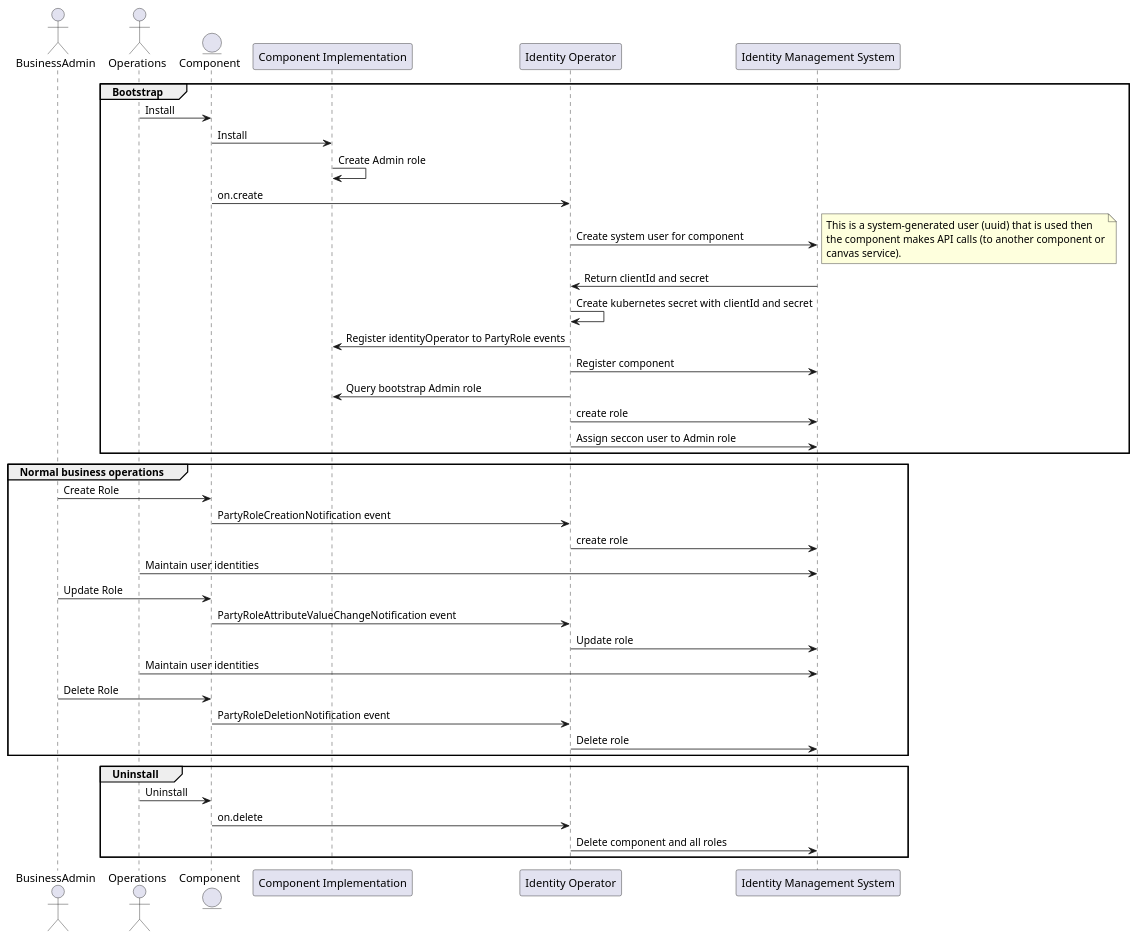
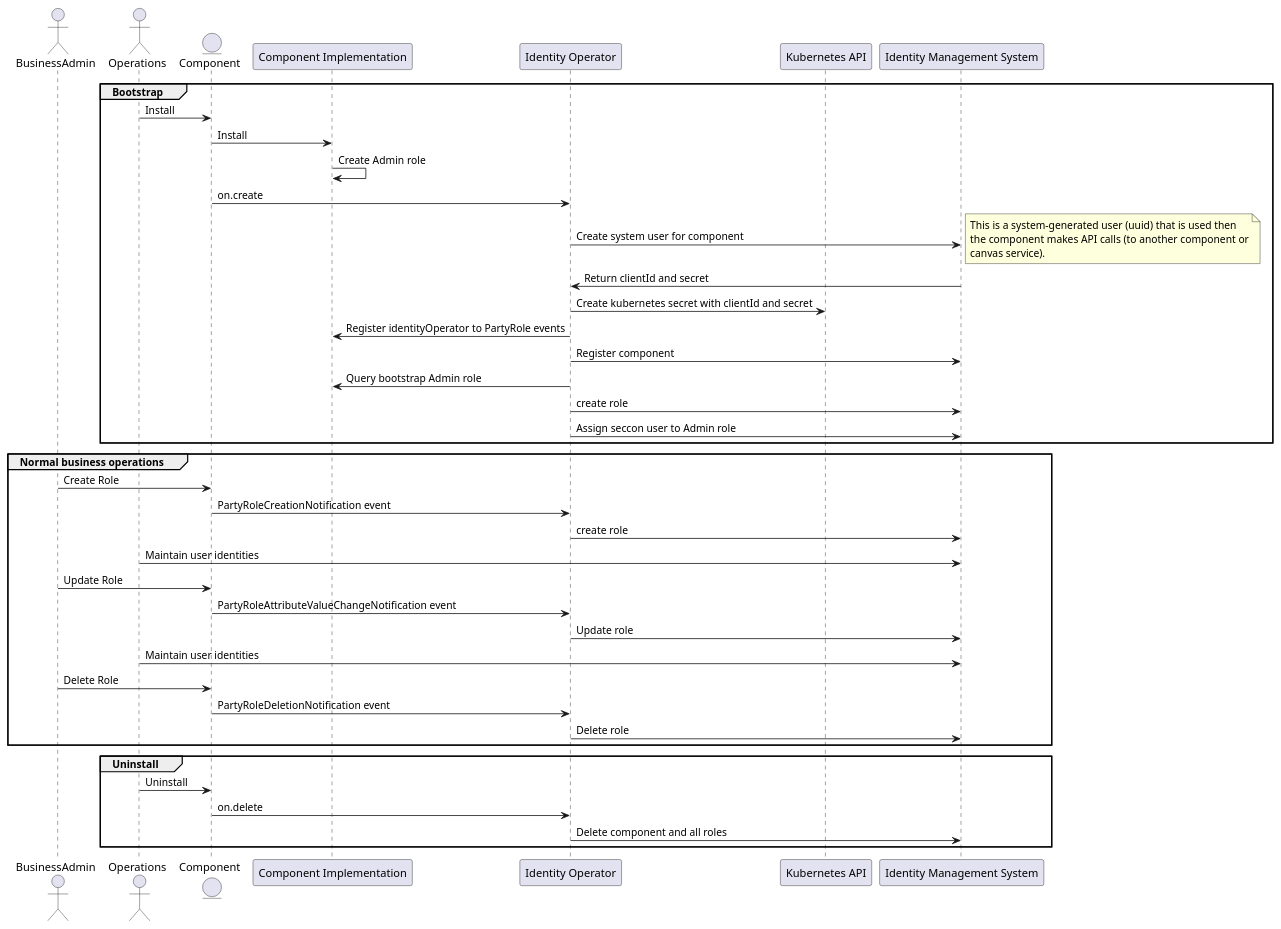
The diagram in oda-canvas-ctk/usecase-library/pumlFiles/securitySequenceKeycloak.puml (tmforum-oda/oda-canvas), drawn with PlantUML before and after one commit.

Commit message:
Updated bootstrap use-case

```diff
--- a/oda-canvas-ctk/usecase-library/pumlFiles/securitySequenceKeycloak.puml
+++ b/oda-canvas-ctk/usecase-library/pumlFiles/securitySequenceKeycloak.puml
@@ -1,54 +1,56 @@
 @startuml
 
 actor BusinessAdmin
 actor Operations
 entity Component
 participant "Component Implementation" as ComponentImplementation
 participant "Identity Operator" as identityOperator
+participant "Kubernetes API" as K8s
 participant "Identity Management System" as IDM
+
 
 group Bootstrap
 Component <- Operations : Install
 Component -> ComponentImplementation : Install
 ComponentImplementation -> ComponentImplementation: Create Admin role
 
 Component -> identityOperator: on.create 
 identityOperator -> IDM: Create system user for component
 note right
     This is a system-generated user (uuid) that is used then
     the component makes API calls (to another component or
     canvas service).
 end note
 identityOperator <- IDM: Return clientId and secret
-identityOperator -> identityOperator: Create kubernetes secret with clientId and secret
+identityOperator -> K8s: Create kubernetes secret with clientId and secret
 
 identityOperator -> ComponentImplementation: Register identityOperator to PartyRole events
 identityOperator -> IDM: Register component
 
 identityOperator -> ComponentImplementation : Query bootstrap Admin role
 identityOperator -> IDM: create role
 identityOperator -> IDM: Assign seccon user to Admin role
 
 end 
 group Normal business operations
 
 BusinessAdmin -> Component: Create Role
 Component-> identityOperator: PartyRoleCreationNotification event
 identityOperator -> IDM: create role
 Operations->IDM  : Maintain user identities
 BusinessAdmin -> Component: Update Role
 Component-> identityOperator: PartyRoleAttributeValueChangeNotification event
 identityOperator -> IDM: Update role
 Operations->IDM  : Maintain user identities
 BusinessAdmin -> Component: Delete Role
 Component-> identityOperator: PartyRoleDeletionNotification event
 identityOperator -> IDM: Delete role
 
 end
 group Uninstall
 Operations -> Component  : Uninstall
 Component -> identityOperator: on.delete 
 identityOperator -> IDM: Delete component and all roles
 end
 
 @enduml
```
